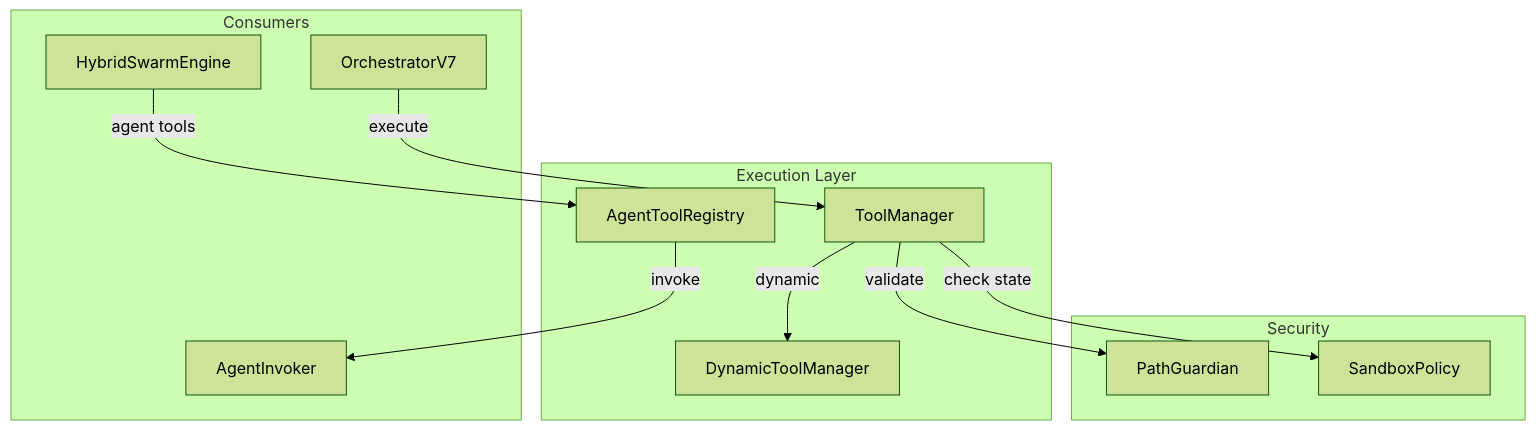
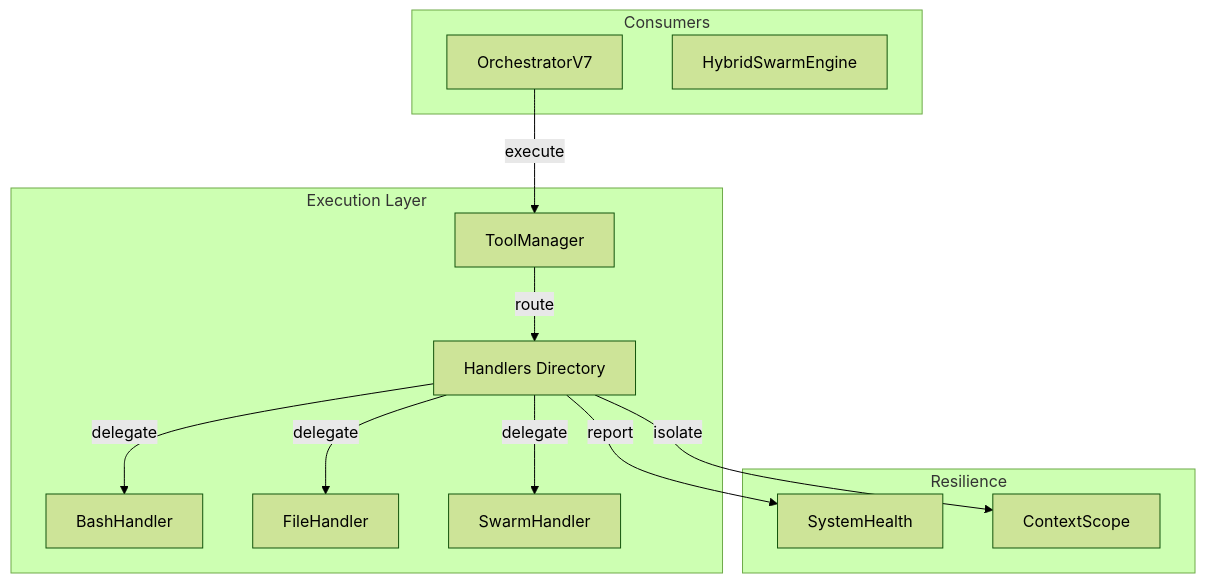
The diagram in core/execution/README.md (yannabadie/NEXUS), drawn with Mermaid (forest theme) before and after one commit. The commit also changed other lines of this file and 11 other files, not shown here.

````diff
--- a/core/execution/README.md
+++ b/core/execution/README.md
@@ -216,27 +97,29 @@
 ```mermaid
 graph TB
     subgraph "Execution Layer"
         TM[ToolManager]
-        DTM[DynamicToolManager]
-        ATR[AgentToolRegistry]
+        Handlers[Handlers Directory]
+        BH[BashHandler]
+        FH[FileHandler]
+        SH[SwarmHandler]
     end
 
-    subgraph "Security"
-        PG[PathGuardian]
-        SP[SandboxPolicy]
+    subgraph "Resilience"
+        Health[SystemHealth]
+        Scope[ContextScope]
     end
 
     subgraph "Consumers"
         O[OrchestratorV7]
         HSE[HybridSwarmEngine]
-        AI[AgentInvoker]
     end
 
     O -->|execute| TM
-    TM -->|validate| PG
-    TM -->|check state| SP
-    TM -->|dynamic| DTM
-
-    HSE -->|agent tools| ATR
-    ATR -->|invoke| AI
+    TM -->|route| Handlers
+    Handlers -->|delegate| BH
+    Handlers -->|delegate| FH
+    Handlers -->|delegate| SH
+    
+    Handlers -->|report| Health
+    Handlers -->|isolate| Scope
 ```
````
